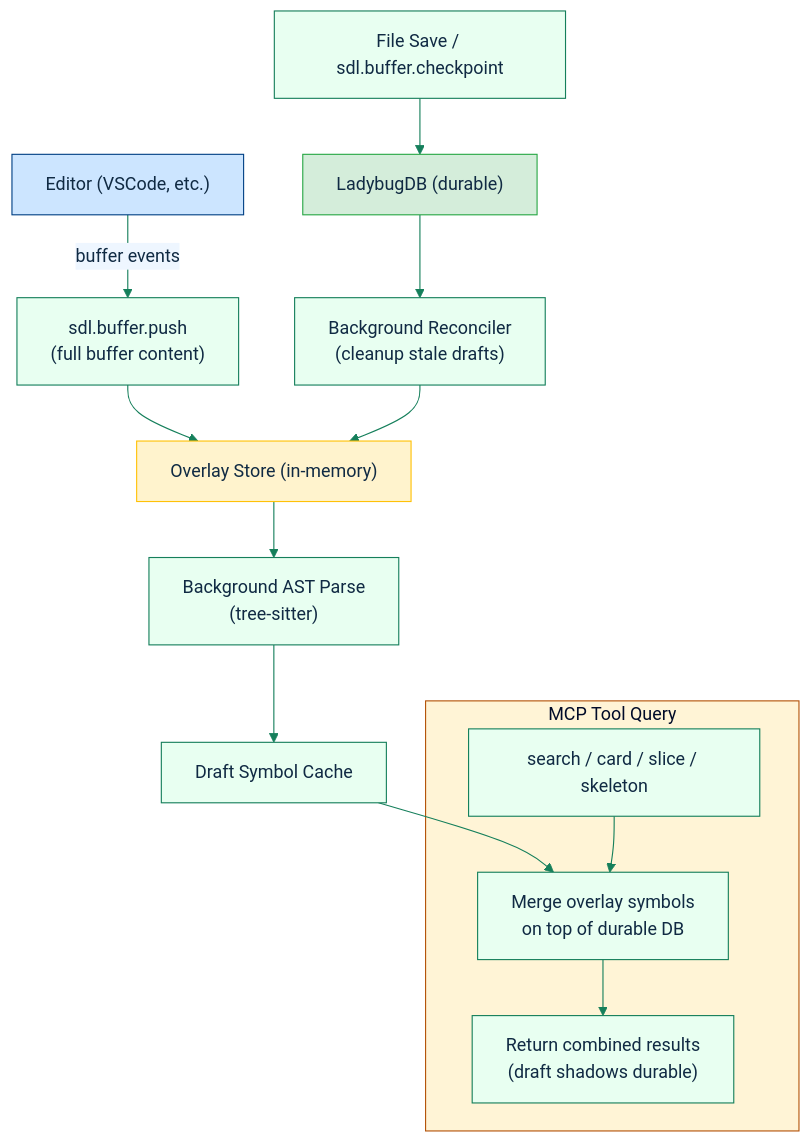
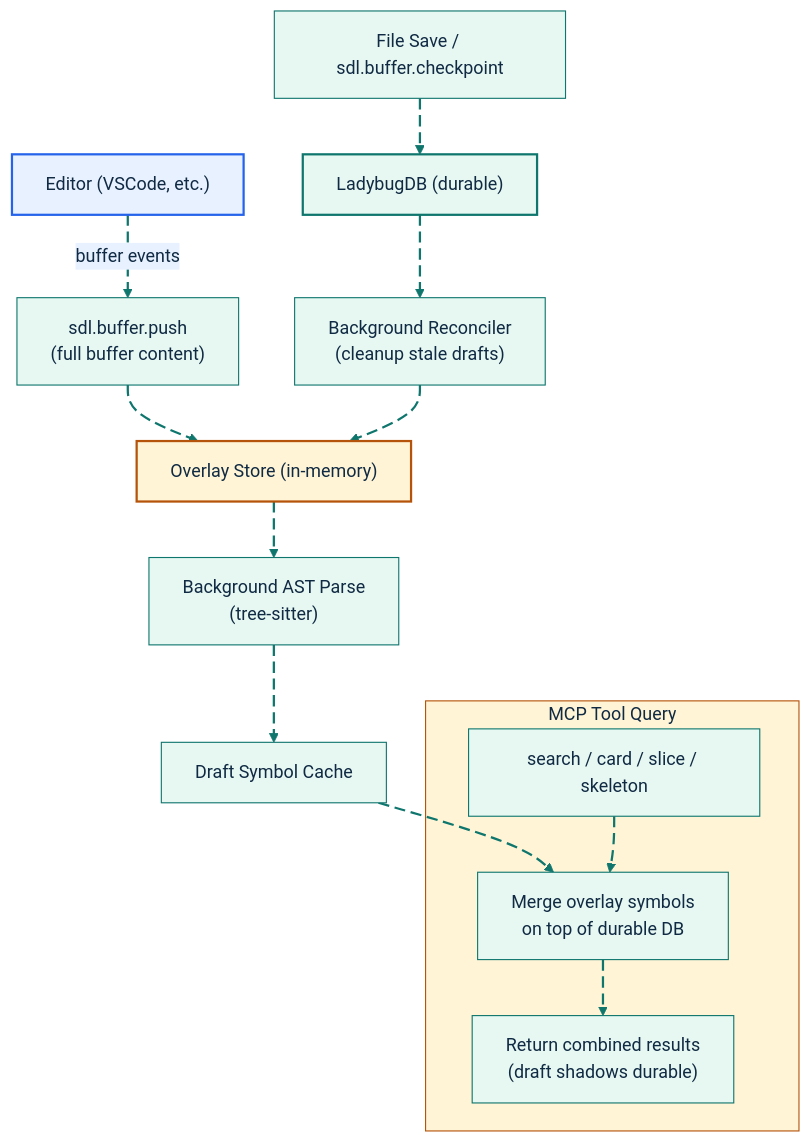
The second of 2 diagrams in docs/feature-deep-dives/live-indexing.md (GlitterKill/sdl-mcp), drawn with Mermaid before and after one commit. The commit also changed other lines of this file and 33 other files, not shown here.

First line of the commit message:
docs: update mermaid diagram themes and styling across documentation

````diff
--- a/docs/feature-deep-dives/live-indexing.md
+++ b/docs/feature-deep-dives/live-indexing.md
@@ -32,34 +41,43 @@
 ```mermaid
-%%{init: {"theme":"base","themeVariables":{"primaryColor":"#e8fff1","primaryBorderColor":"#157f5b","primaryTextColor":"#102a43","secondaryColor":"#eef6ff","secondaryBorderColor":"#2563eb","tertiaryColor":"#fff4d6","tertiaryBorderColor":"#b45309","lineColor":"#157f5b","fontFamily":"Trebuchet MS, Arial"},"flowchart":{"curve":"basis"}}}%%
+%%{init: {"theme":"base","themeVariables":{"background":"#ffffff","primaryColor":"#E7F8F2","primaryBorderColor":"#0F766E","primaryTextColor":"#102A43","secondaryColor":"#E8F1FF","secondaryBorderColor":"#2563EB","secondaryTextColor":"#102A43","tertiaryColor":"#FFF4D6","tertiaryBorderColor":"#B45309","tertiaryTextColor":"#102A43","lineColor":"#0F766E","textColor":"#102A43","fontFamily":"Inter, ui-sans-serif, system-ui, -apple-system, BlinkMacSystemFont, Segoe UI, sans-serif"},"flowchart":{"curve":"basis","htmlLabels":true}}}%%
 flowchart TD
     Editor["Editor (VSCode, etc.)"]
     Push["sdl.buffer.push<br/>(full buffer content)"]
     Overlay["Overlay Store (in-memory)"]
     Parse["Background AST Parse<br/>(tree-sitter)"]
     Cache["Draft Symbol Cache"]
 
     subgraph "MCP Tool Query"
         Query["search / card / slice / skeleton"]
         Merge["Merge overlay symbols<br/>on top of durable DB"]
         Result["Return combined results<br/>(draft shadows durable)"]
     end
 
     Save["File Save / sdl.buffer.checkpoint"]
     DB["LadybugDB (durable)"]
     Reconcile["Background Reconciler<br/>(cleanup stale drafts)"]
 
-    Editor -->|"buffer events"| Push
-    Push --> Overlay
-    Overlay --> Parse
-    Parse --> Cache
-    Cache --> Merge
-    Query --> Merge
-    Merge --> Result
-    Save --> DB
-    DB --> Reconcile
-    Reconcile --> Overlay
+    Editor e1@-->|"buffer events"| Push
+    Push e2@--> Overlay
+    Overlay e3@--> Parse
+    Parse e4@--> Cache
+    Cache e5@--> Merge
+    Query e6@--> Merge
+    Merge e7@--> Result
+    Save e8@--> DB
+    DB e9@--> Reconcile
+    Reconcile e10@--> Overlay
 
-    style Editor fill:#cce5ff,stroke:#004085
-    style DB fill:#d4edda,stroke:#28a745
-    style Overlay fill:#fff3cd,stroke:#ffc107
+    style Editor fill:#E8F1FF,stroke:#2563EB,stroke-width:2px,color:#102A43
+    style DB fill:#E7F8F2,stroke:#0F766E,stroke-width:2px,color:#102A43
+    style Overlay fill:#FFF4D6,stroke:#B45309,stroke-width:2px,color:#102A43
+
+    classDef source fill:#E7F8F2,stroke:#0F766E,stroke-width:2px,color:#102A43;
+    classDef process fill:#E8F1FF,stroke:#2563EB,stroke-width:2px,color:#102A43;
+    classDef decision fill:#FFF4D6,stroke:#B45309,stroke-width:2px,color:#102A43;
+    classDef storage fill:#F2E8FF,stroke:#7C3AED,stroke-width:2px,color:#102A43;
+    classDef output fill:#FFE8EF,stroke:#BE123C,stroke-width:2px,color:#102A43;
+    classDef muted fill:#F8FAFC,stroke:#64748B,stroke-width:1px,color:#102A43;
+    classDef animate stroke:#0F766E,stroke-width:2px,stroke-dasharray:10\,5,stroke-dashoffset:900,animation:dash 22s linear infinite;
+    class e1,e2,e3,e4,e5,e6,e7,e8,e9,e10 animate;
 ```
````
